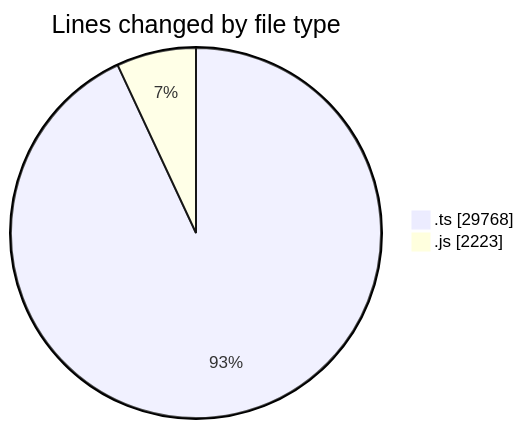
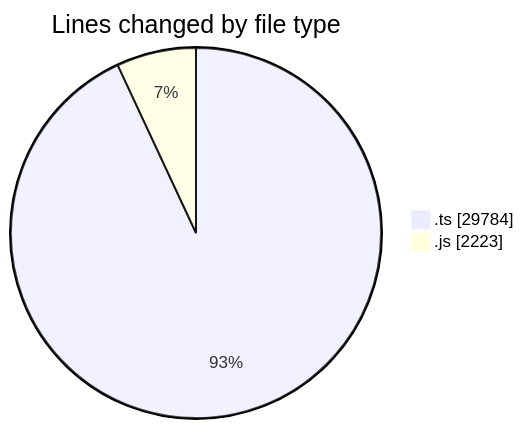
Before and after one commit to momahboobian/code-tracking: the first of 2 diagrams in 2025-06-26/cda/README.md, drawn with Mermaid. The commit also changed other lines of this file and 1 other file, not shown here.

````diff
--- a/2025-06-26/cda/README.md
+++ b/2025-06-26/cda/README.md
@@ -33,6 +33,6 @@
 ```mermaid
 pie showData
 title Lines changed by file type
-".ts" : 29768
+".ts" : 29784
 ".js" : 2223
 ```
````
